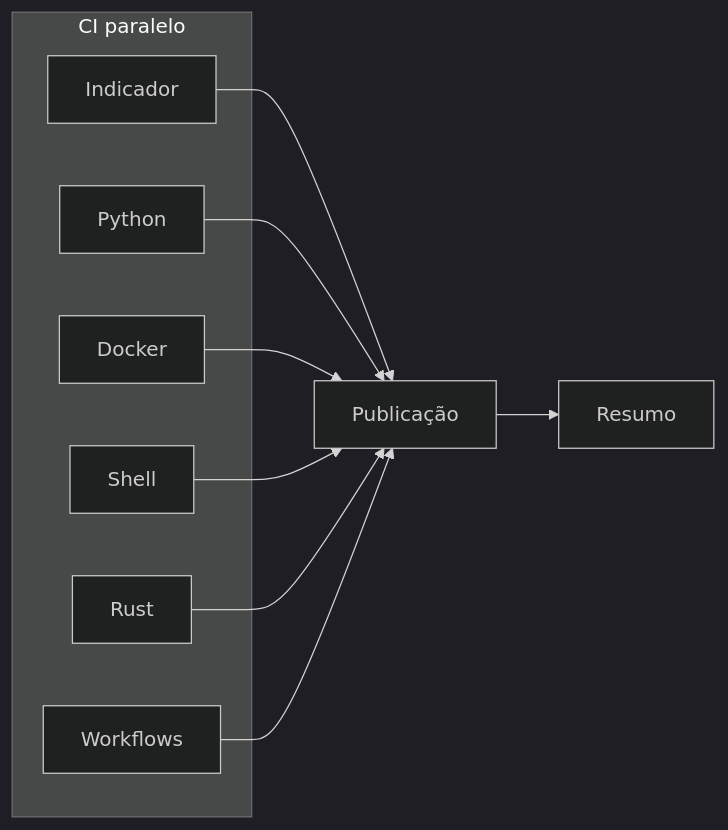
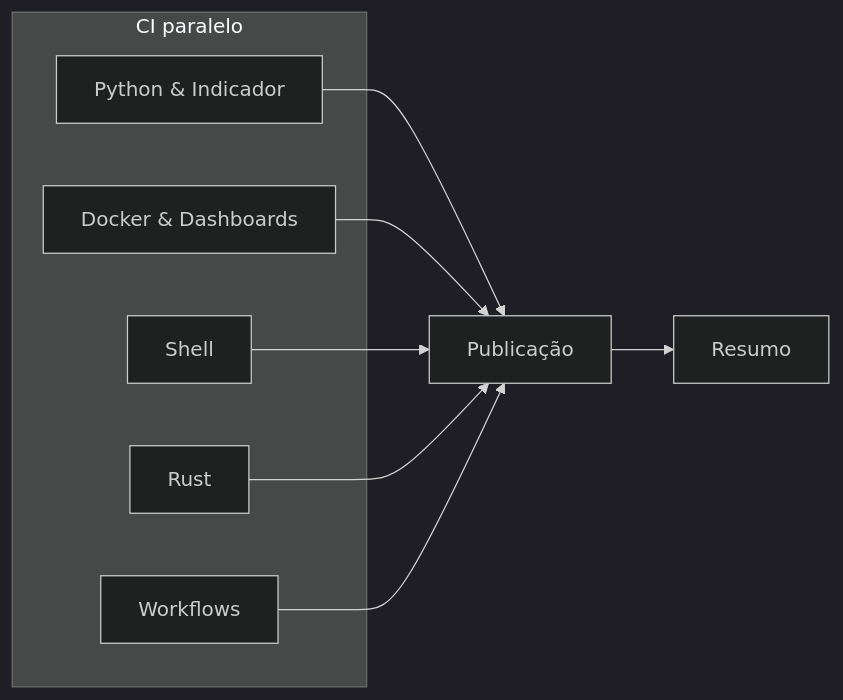
One commit to victorh-silveira/aether-quantum-engine changed the diagram in .github/workflows/WORKFLOWS.md. Above: the diagram before and after it, drawn with Mermaid (dark theme). The commit also changed other lines of this file and 2 other files, not shown here.

First line of the commit message:
ci(repo): integra passos do indicador nos jobs principais de python e docker

````diff
--- a/.github/workflows/WORKFLOWS.md
+++ b/.github/workflows/WORKFLOWS.md
@@ -7,18 +7,16 @@
 ```mermaid
 flowchart LR
   subgraph ci [CI paralelo]
-    IN[Indicador]
-    PY[Python]
-    DK[Docker]
+    PY[Python & Indicador]
+    DK[Docker & Dashboards]
     SH[Shell]
     RS[Rust]
     WF[Workflows]
   end
-  IN --> R[Publicação]
   PY --> R[Publicação]
   DK --> R
   SH --> R
   RS --> R
   WF --> R
   R --> S[Resumo]
 ```
````
